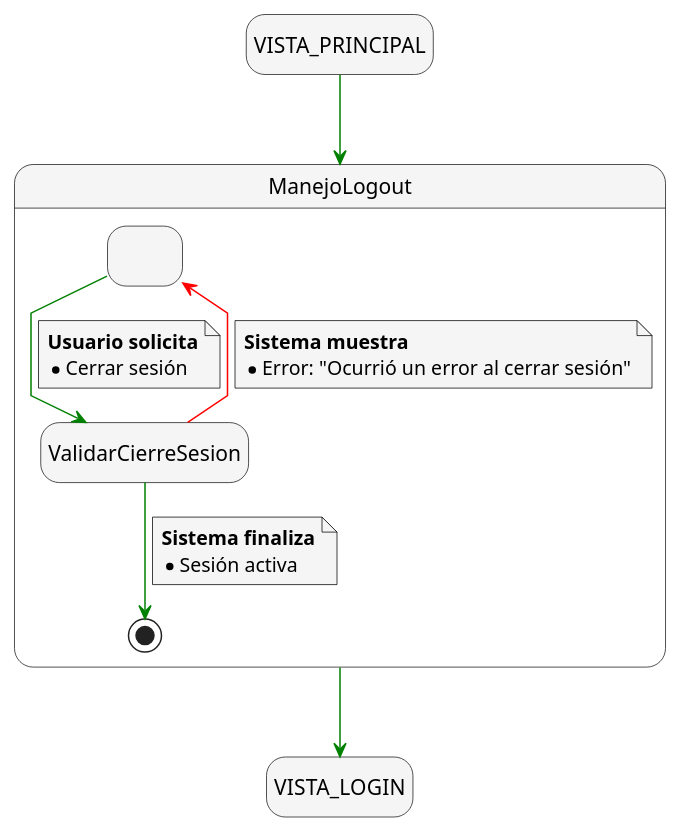
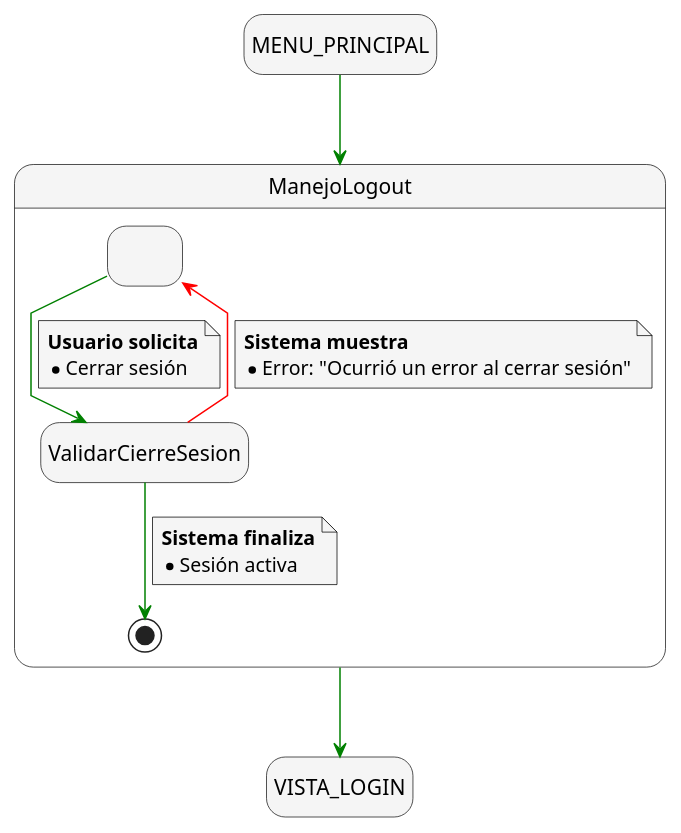
The diagram in docs/casosDeUso/detalladoCasosDeUso/detalladoManejoSesion/detalladoLogout.puml (mmasias/24-25-IdSw1-SDR), drawn with PlantUML before and after one commit. The commit also changed 13 other files, not shown here.

Commit message:
FIX/ actualizar estados iniciales y finales en diagramas de casos de uso

```diff
--- a/docs/casosDeUso/detalladoCasosDeUso/detalladoManejoSesion/detalladoLogout.puml
+++ b/docs/casosDeUso/detalladoCasosDeUso/detalladoManejoSesion/detalladoLogout.puml
@@ -1,44 +1,44 @@
 @startuml manejo_sesion_logout
 skinparam {
     NoteBackgroundColor #whiteSmoke
     ArrowColor #green
     NoteBorderColor #black
     linetype polyline
 }
 
 skinparam state {
     BackgroundColor #whiteSmoke
 }
 
 hide empty description
 
-state startState as "VISTA_PRINCIPAL"
+state startState as "MENU_PRINCIPAL"
 state endState as "VISTA_LOGIN"
 
 startState --> ManejoLogout
 
 state ManejoLogout {
     state Logout as " "
 
     Logout --> ValidarCierreSesion
     note on link
         <b>Usuario solicita</b>
         * Cerrar sesión
     end note
 
     ValidarCierreSesion --> [*]
     note on link
         <b>Sistema finaliza</b>
         * Sesión activa
     end note
 }
 
     ValidarCierreSesion -[#red]-> Logout
     note on link
         <b>Sistema muestra</b>
         * Error: "Ocurrió un error al cerrar sesión"
     end note
 
 ManejoLogout --> endState
 
 @enduml
```
